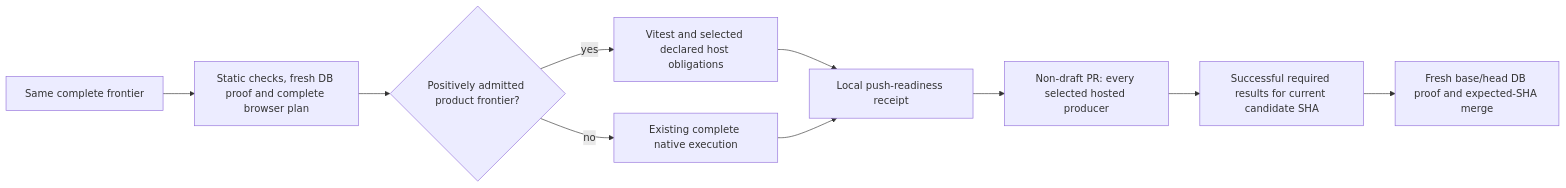
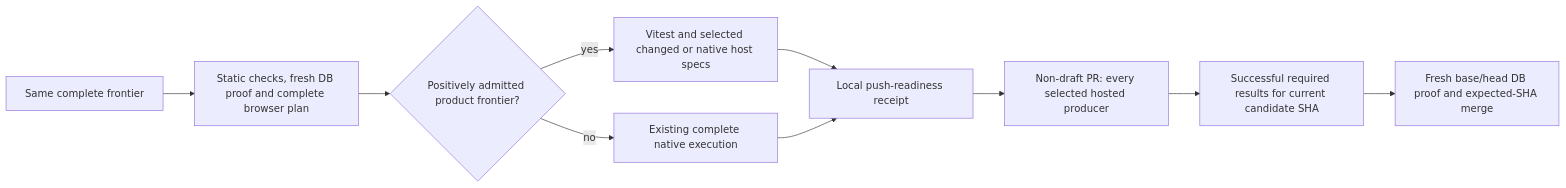
The second of 12 diagrams in docs/architecture/components/ci-governance/local-changed-files-gate-component.md (dunay2/dvt), drawn with Mermaid before and after one commit. The commit also changed other lines of this file and 6 other files, not shown here.

````diff
--- a/docs/architecture/components/ci-governance/local-changed-files-gate-component.md
+++ b/docs/architecture/components/ci-governance/local-changed-files-gate-component.md
@@ -71,12 +71,12 @@
 ```mermaid
 flowchart LR
   Diff[Same complete frontier] --> Admit[Static checks, fresh DB proof and complete browser plan]
   Admit --> Policy{Positively admitted product frontier?}
-  Policy -->|yes| Local[Vitest and selected declared host obligations]
+  Policy -->|yes| Local[Vitest and selected changed or native host specs]
   Policy -->|no| Full[Existing complete native execution]
   Local --> Receipt[Local push-readiness receipt]
   Full --> Receipt
   Receipt --> Hosted[Non-draft PR: every selected hosted producer]
   Hosted --> Exact[Successful required results for current candidate SHA]
   Exact --> Merge[Fresh base/head DB proof and expected-SHA merge]
 ```
````
